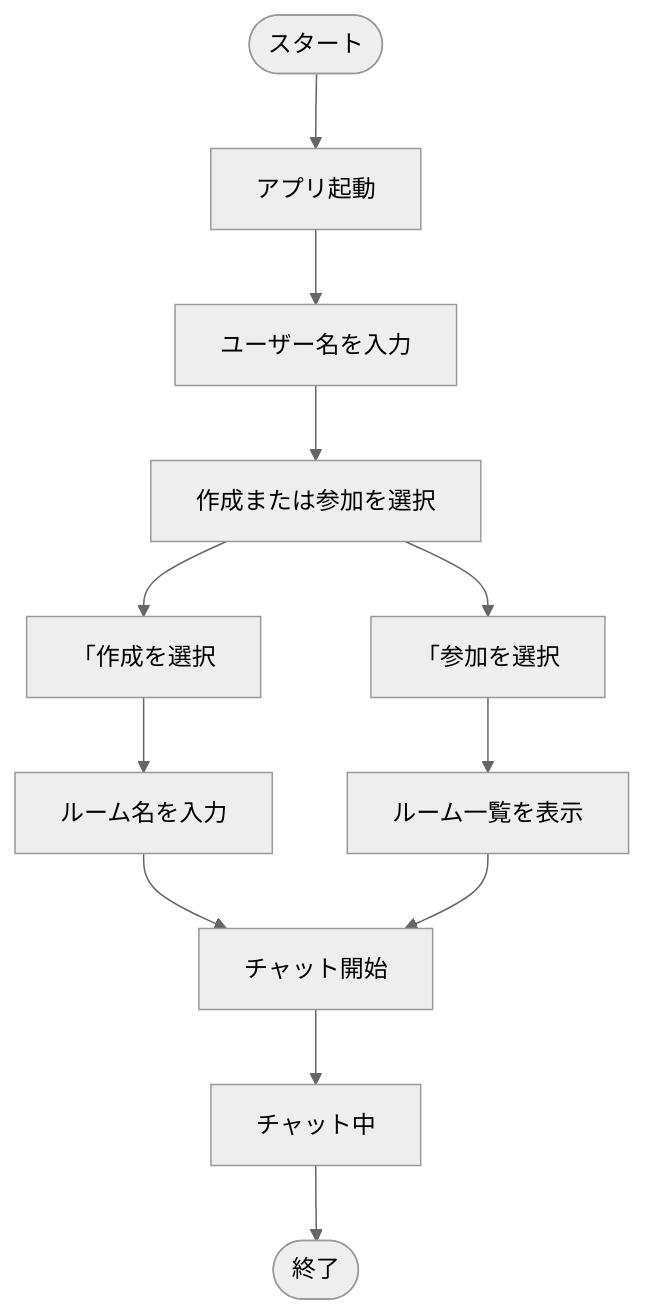
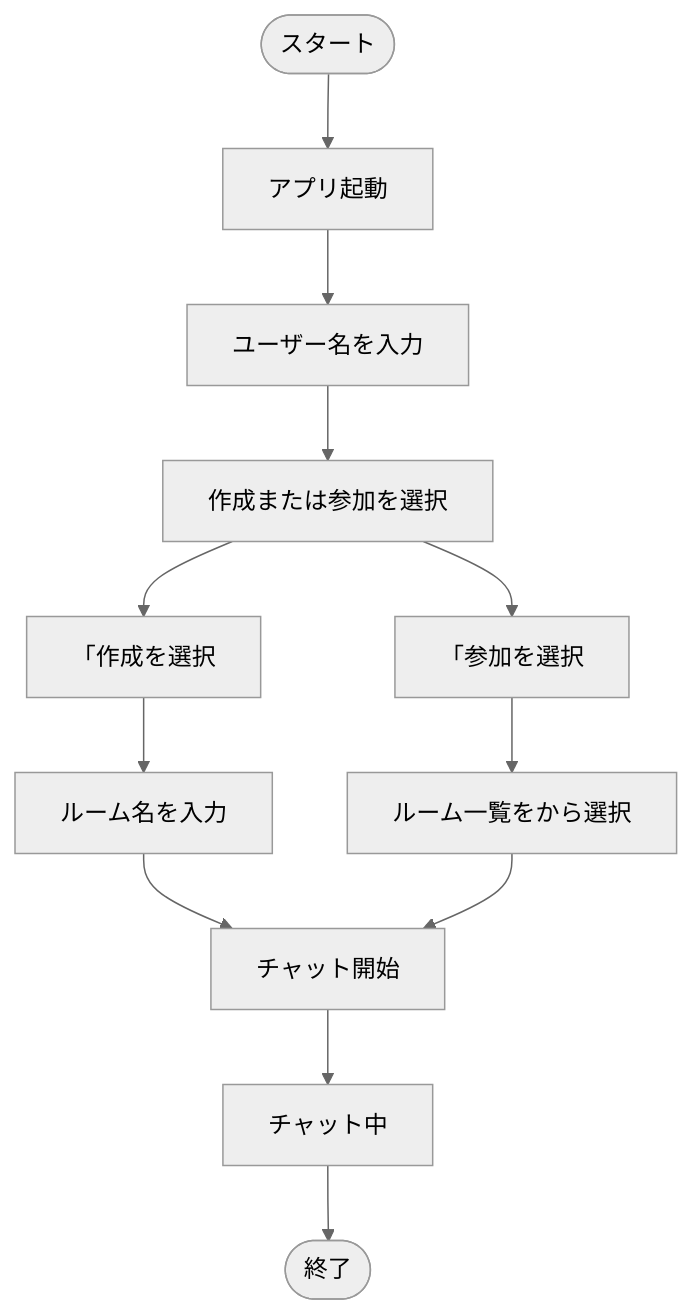
Before and after one commit to BackendExplorer/Tenshin: the first of 3 diagrams in README.md, drawn with Mermaid (neutral theme).

````diff
--- a/README.md
+++ b/README.md
@@ -1,25 +1,25 @@
 ```mermaid
 flowchart TD
     Start([スタート])
     起動[アプリ起動]
     入力[ユーザー名を入力]
     選択[作成または参加を選択]
 
     作成1[「作成を選択]
     ルーム名入力[ルーム名を入力]
 
     参加2[「参加を選択]
-    ルーム一覧[ルーム一覧を表示]
+    ルーム一覧[ルーム一覧をから選択]
 
     チャット開始[チャット開始]
     チャット中[チャット中]
     End([終了])
 
     Start --> 起動 --> 入力 --> 選択
 
     選択 --> 作成1 --> ルーム名入力 --> チャット開始
     選択 --> 参加2 --> ルーム一覧 --> チャット開始
 
     チャット開始 --> チャット中 --> End
 
 ```
````
